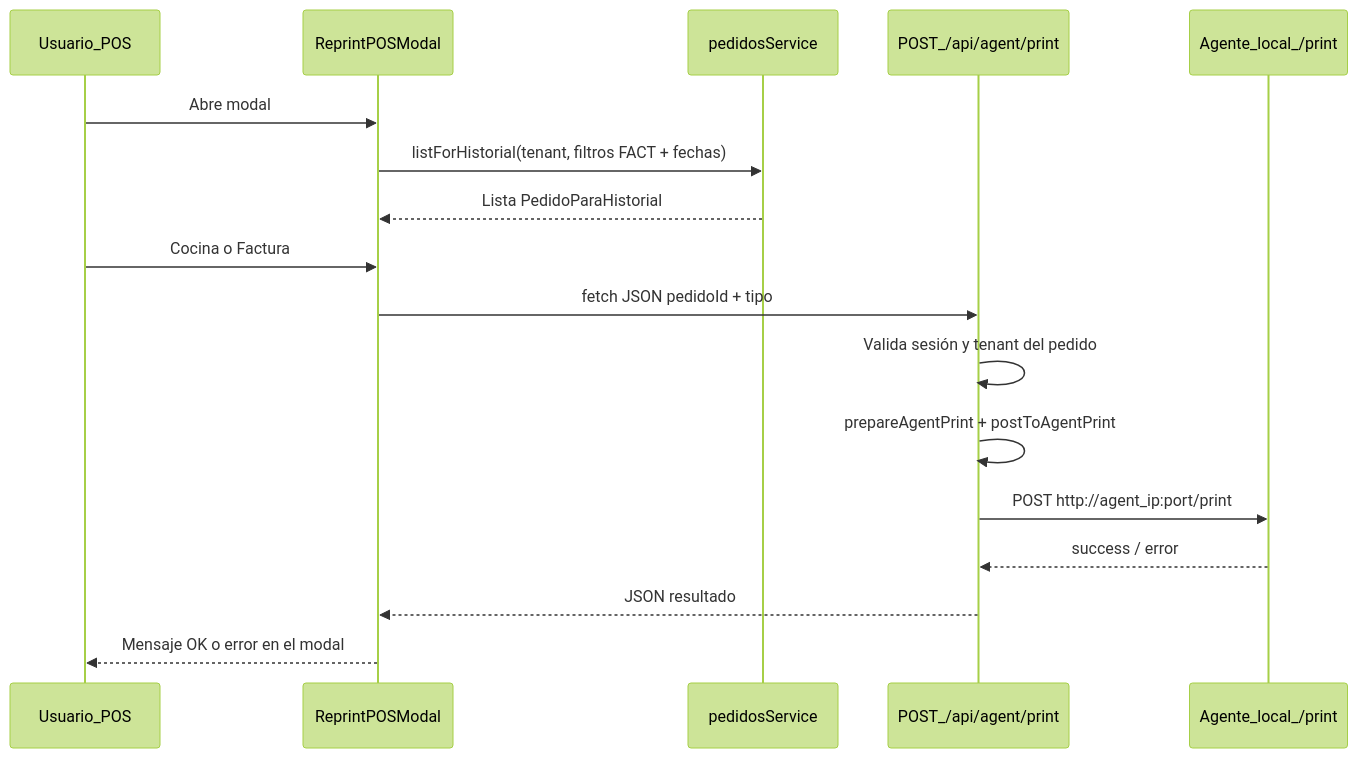
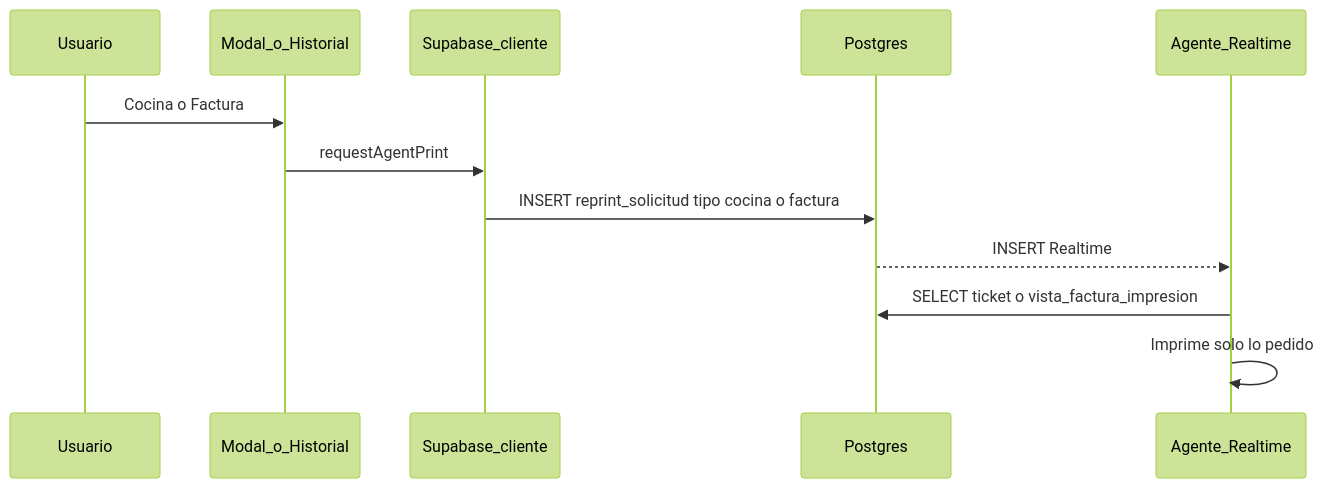
The diagram in docs/MODAL_REIMPRESION_POS.md (xavivxn/karubox1.0), drawn with Mermaid (forest theme) before and after one commit. The commit also changed other lines of this file and 14 other files, not shown here.

````diff
--- a/docs/MODAL_REIMPRESION_POS.md
+++ b/docs/MODAL_REIMPRESION_POS.md
@@ -24,20 +19,15 @@
 ```mermaid
 sequenceDiagram
-  participant U as Usuario_POS
-  participant M as ReprintPOSModal
-  participant S as pedidosService
-  participant API as POST_/api/agent/print
-  participant A as Agente_local_/print
+  participant U as Usuario
+  participant M as Modal_o_Historial
+  participant SB as Supabase_cliente
+  participant DB as Postgres
+  participant Ag as Agente_Realtime
 
-  U->>M: Abre modal
-  M->>S: listForHistorial(tenant, filtros FACT + fechas)
-  S-->>M: Lista PedidoParaHistorial
   U->>M: Cocina o Factura
-  M->>API: fetch JSON pedidoId + tipo
-  API->>API: Valida sesión y tenant del pedido
-  API->>API: prepareAgentPrint + postToAgentPrint
-  API->>A: POST http://agent_ip:port/print
-  A-->>API: success / error
-  API-->>M: JSON resultado
-  M-->>U: Mensaje OK o error en el modal
+  M->>SB: requestAgentPrint
+  SB->>DB: INSERT reprint_solicitud tipo cocina o factura
+  DB-->>Ag: INSERT Realtime
+  Ag->>DB: SELECT ticket o vista_factura_impresion
+  Ag->>Ag: Imprime solo lo pedido
 ```
````
